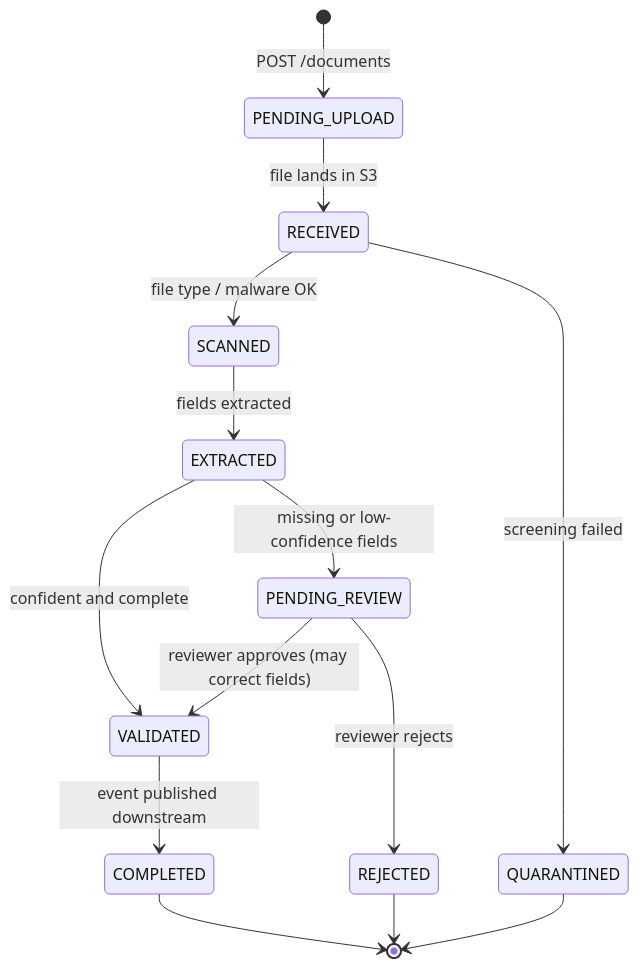
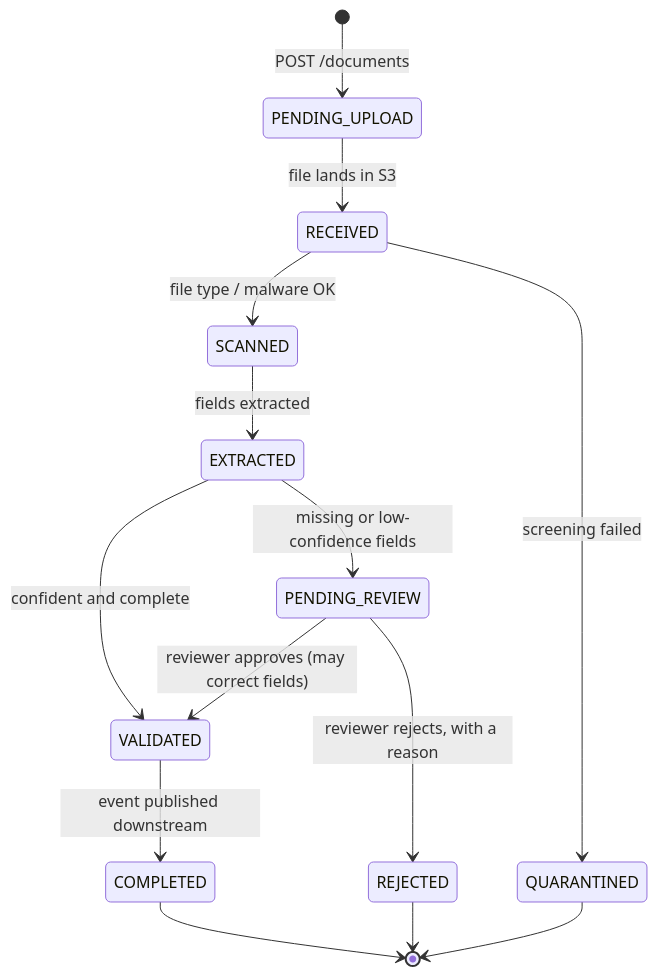
One commit to 10vin10-cmd/document-ingestion-reference changed the second of 2 diagrams in README.md. Above: the diagram before and after it, drawn with Mermaid. The commit also changed other lines of this file and 47 other files, not shown here.

First line of the commit message:
Add React reviewer app for human-in-the-loop review

````diff
--- a/README.md
+++ b/README.md
@@ -35,16 +45,16 @@
 ```mermaid
 stateDiagram-v2
     [*] --> PENDING_UPLOAD: POST /documents
     PENDING_UPLOAD --> RECEIVED: file lands in S3
     RECEIVED --> SCANNED: file type / malware OK
     RECEIVED --> QUARANTINED: screening failed
     SCANNED --> EXTRACTED: fields extracted
     EXTRACTED --> VALIDATED: confident and complete
     EXTRACTED --> PENDING_REVIEW: missing or low-confidence fields
     PENDING_REVIEW --> VALIDATED: reviewer approves (may correct fields)
-    PENDING_REVIEW --> REJECTED: reviewer rejects
+    PENDING_REVIEW --> REJECTED: reviewer rejects, with a reason
     VALIDATED --> COMPLETED: event published downstream
     COMPLETED --> [*]
     QUARANTINED --> [*]
     REJECTED --> [*]
 ```
````
